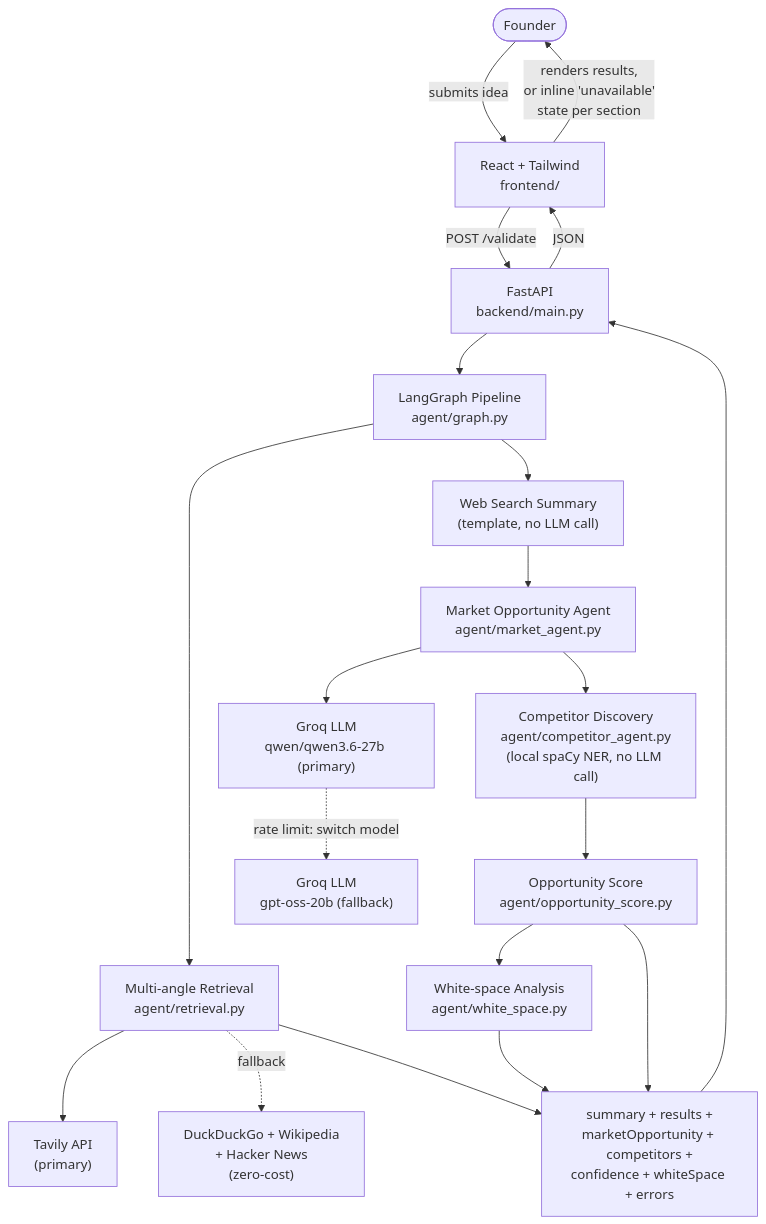
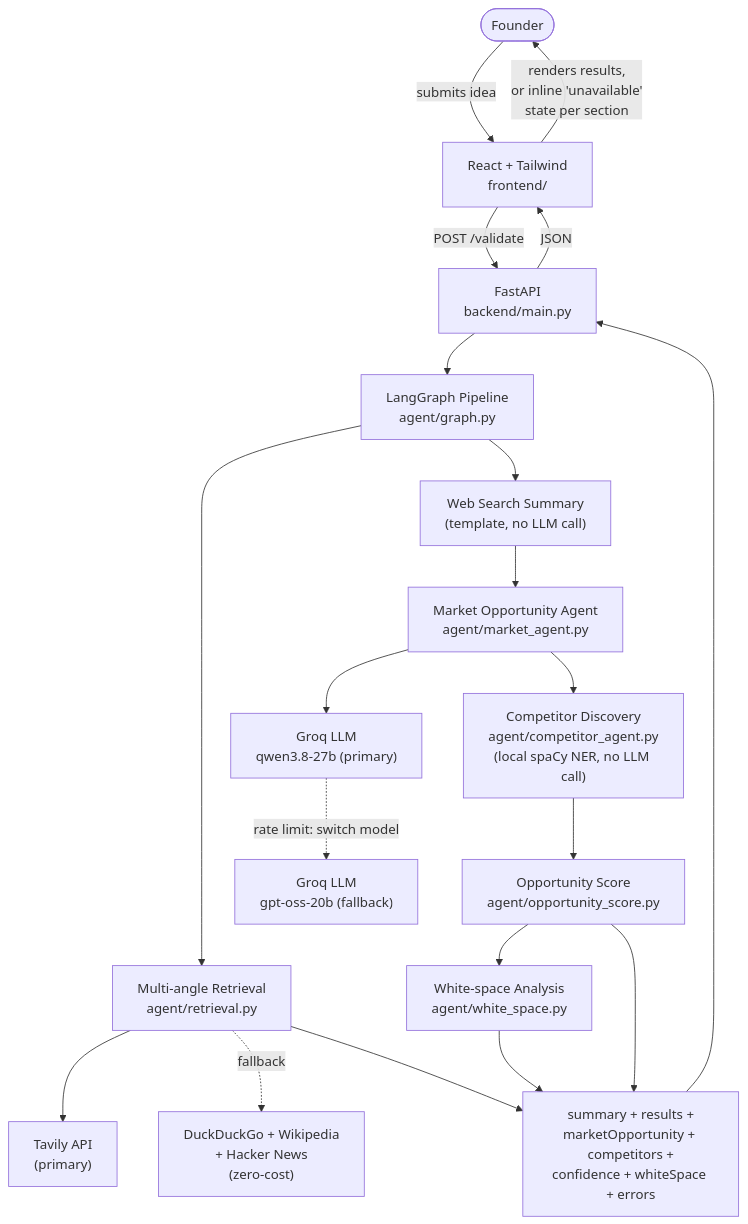
Before and after one commit to Yasaswini-ch/Development-of-AI-Based-Startup-Idea-Validator-with-Market-Analysis-Assistance: the first of 2 diagrams in docs/architecture.md, drawn with Mermaid.

Commit message:
Update model reference in architecture doc to qwen3.8-27b

````diff
--- a/docs/architecture.md
+++ b/docs/architecture.md
@@ -29,25 +29,25 @@
 ```mermaid
 flowchart TD
     User(["Founder"]) -->|submits idea| Frontend["React + Tailwind\nfrontend/"]
     Frontend -->|POST /validate| Backend["FastAPI\nbackend/main.py"]
     Backend --> Pipeline["LangGraph Pipeline\nagent/graph.py"]
 
     Pipeline --> Retrieval["Multi-angle Retrieval\nagent/retrieval.py"]
     Retrieval --> Tavily["Tavily API\n(primary)"]
     Retrieval -.fallback.-> Free["DuckDuckGo + Wikipedia\n+ Hacker News\n(zero-cost)"]
 
     Pipeline --> WS["Web Search Summary\n(template, no LLM call)"]
     WS --> MO["Market Opportunity Agent\nagent/market_agent.py"]
     MO --> CD["Competitor Discovery\nagent/competitor_agent.py\n(local spaCy NER, no LLM call)"]
     CD --> OS["Opportunity Score\nagent/opportunity_score.py"]
     OS --> WA["White-space Analysis\nagent/white_space.py"]
-    MO --> LLM["Groq LLM\nqwen/qwen3.6-27b (primary)"]
+    MO --> LLM["Groq LLM\nqwen3.8-27b (primary)"]
     LLM -.rate limit: switch model.-> LLM2["Groq LLM\ngpt-oss-20b (fallback)"]
 
     Retrieval --> Response["summary + results +\nmarketOpportunity + competitors +\nconfidence + whiteSpace + errors"]
     WA --> Response
     OS --> Response
     Response --> Backend
     Backend -->|JSON| Frontend
     Frontend -->|renders results,\nor inline 'unavailable'\nstate per section| User
 ```
````
